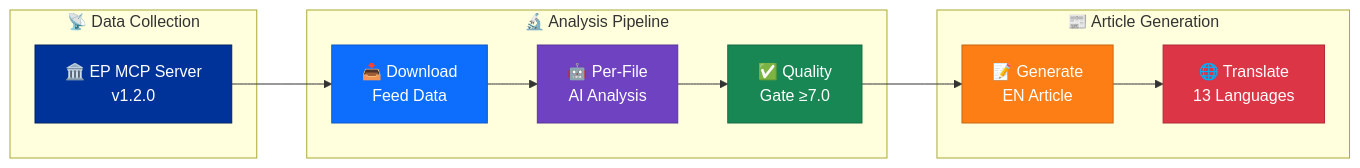
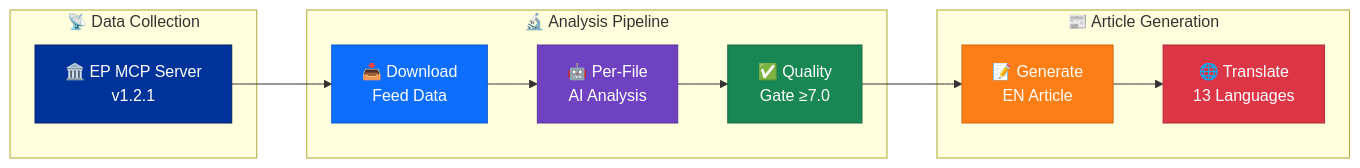
The first of 7 diagrams in analysis/README.md (Hack23/euparliamentmonitor), drawn with Mermaid before and after one commit. The commit also changed other lines of this file and 30 other files, not shown here.

First line of the commit message:
chore: bump MCP server version references to 1.2.1

````diff
--- a/analysis/README.md
+++ b/analysis/README.md
@@ -63,26 +63,26 @@
 ```mermaid
 flowchart LR
     subgraph "📡 Data Collection"
-        EP["🏛️ EP MCP Server\nv1.2.0"]
+        EP["🏛️ EP MCP Server\nv1.2.1"]
     end
 
     subgraph "🔬 Analysis Pipeline"
         DL["📥 Download\nFeed Data"]
         AI["🤖 Per-File\nAI Analysis"]
         QG["✅ Quality\nGate ≥7.0"]
     end
 
     subgraph "📰 Article Generation"
         GEN["📝 Generate\nEN Article"]
         TR["🌐 Translate\n13 Languages"]
     end
 
     EP --> DL --> AI --> QG --> GEN --> TR
 
     style EP fill:#003399,stroke:#002266,color:#fff
     style DL fill:#0d6efd,stroke:#0a58ca,color:#fff
     style AI fill:#6f42c1,stroke:#59359a,color:#fff
     style QG fill:#198754,stroke:#146c43,color:#fff
     style GEN fill:#fd7e14,stroke:#ca6510,color:#fff
     style TR fill:#dc3545,stroke:#b02a37,color:#fff
 ```
````
